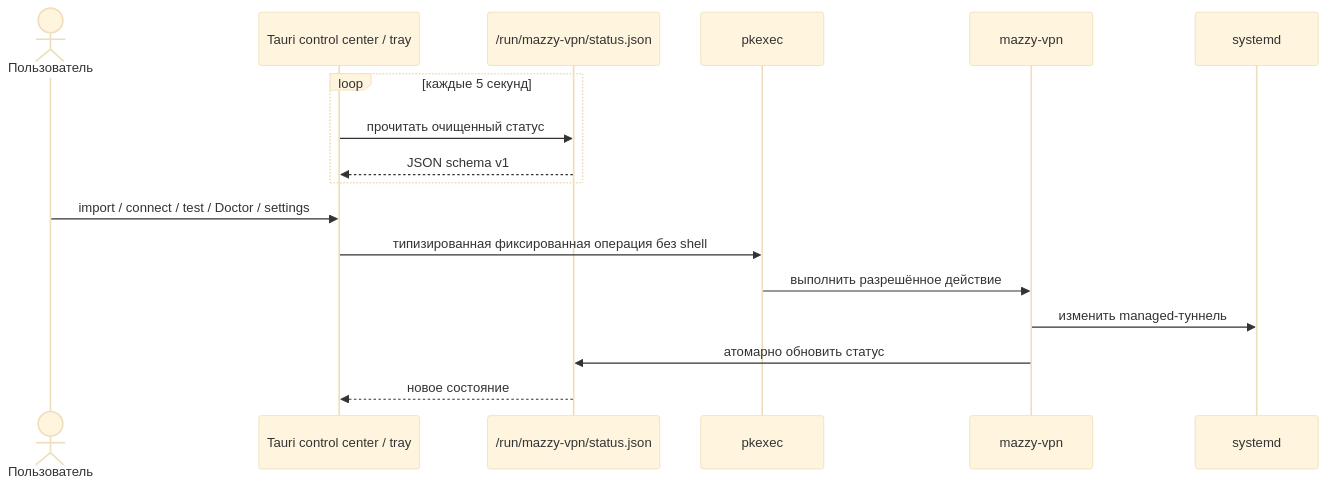
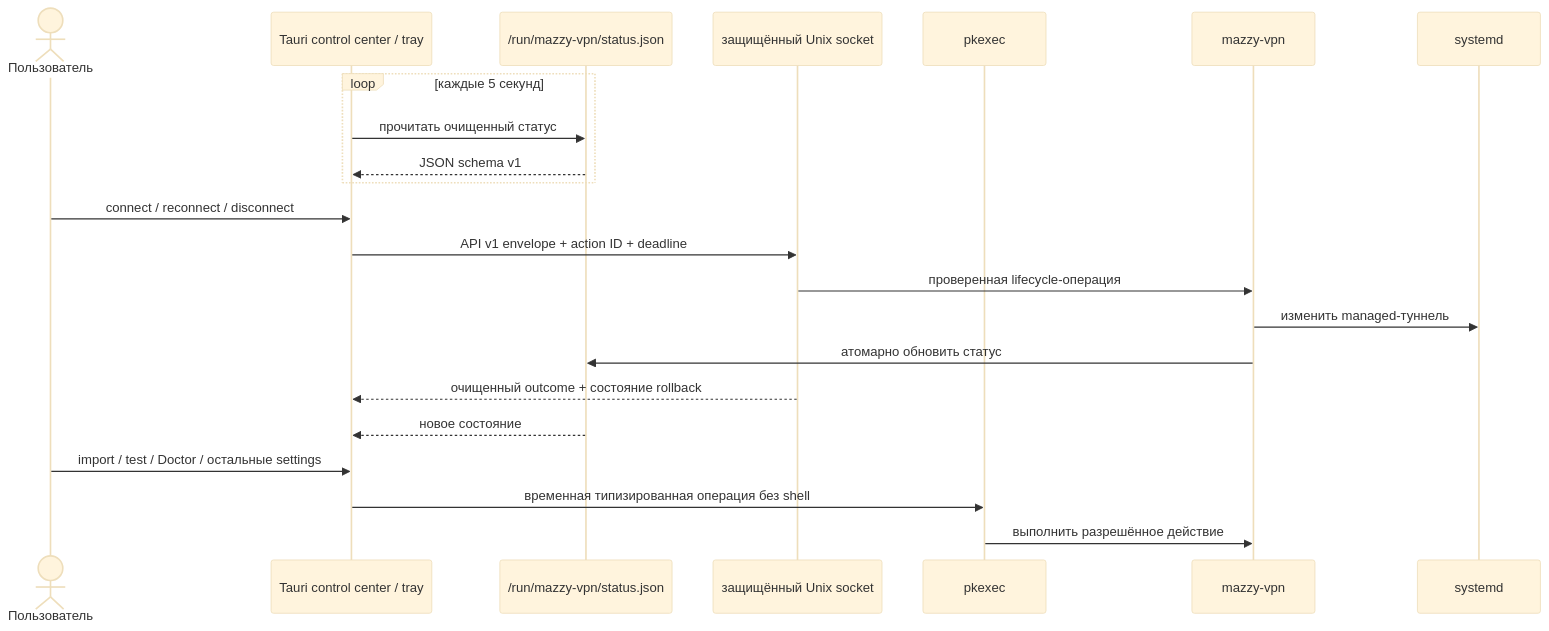
One commit to mazurovn/mazzy-vpn changed the second of 5 diagrams in docs/ARCHITECTURE.ru.md. Above: the diagram before and after it, drawn with Mermaid (base theme). The commit also changed other lines of this file and 23 other files, not shown here.

First line of the commit message:
Add protected local lifecycle API (#26)

````diff
--- a/docs/ARCHITECTURE.ru.md
+++ b/docs/ARCHITECTURE.ru.md
@@ -117,20 +123,25 @@
 ```mermaid
 sequenceDiagram
     actor User as Пользователь
     participant UI as Tauri control center / tray
     participant Cache as /run/mazzy-vpn/status.json
+    participant API as защищённый Unix socket
     participant PK as pkexec
     participant CLI as mazzy-vpn
     participant SD as systemd
 
     loop каждые 5 секунд
         UI->>Cache: прочитать очищенный статус
         Cache-->>UI: JSON schema v1
     end
-    User->>UI: import / connect / test / Doctor / settings
-    UI->>PK: типизированная фиксированная операция без shell
-    PK->>CLI: выполнить разрешённое действие
+    User->>UI: connect / reconnect / disconnect
+    UI->>API: API v1 envelope + action ID + deadline
+    API->>CLI: проверенная lifecycle-операция
     CLI->>SD: изменить managed-туннель
     CLI->>Cache: атомарно обновить статус
+    API-->>UI: очищенный outcome + состояние rollback
     Cache-->>UI: новое состояние
+    User->>UI: import / test / Doctor / остальные settings
+    UI->>PK: временная типизированная операция без shell
+    PK->>CLI: выполнить разрешённое действие
 ```
````
